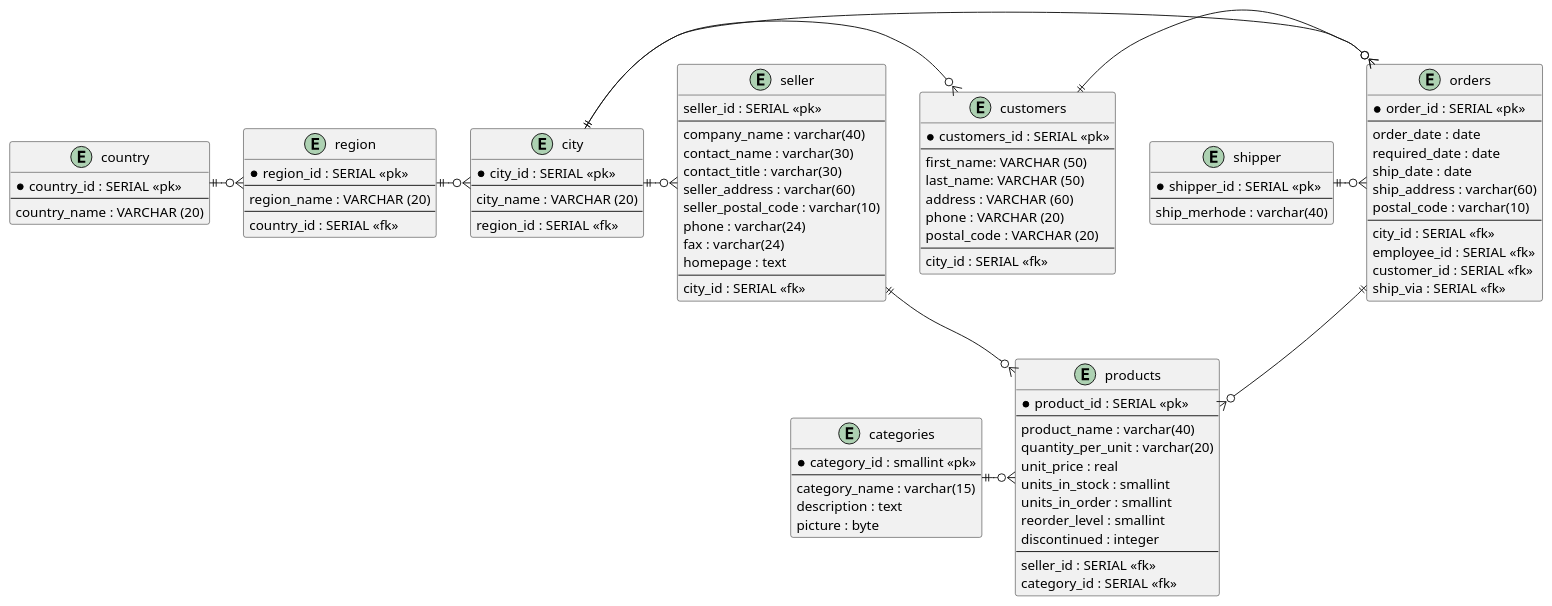
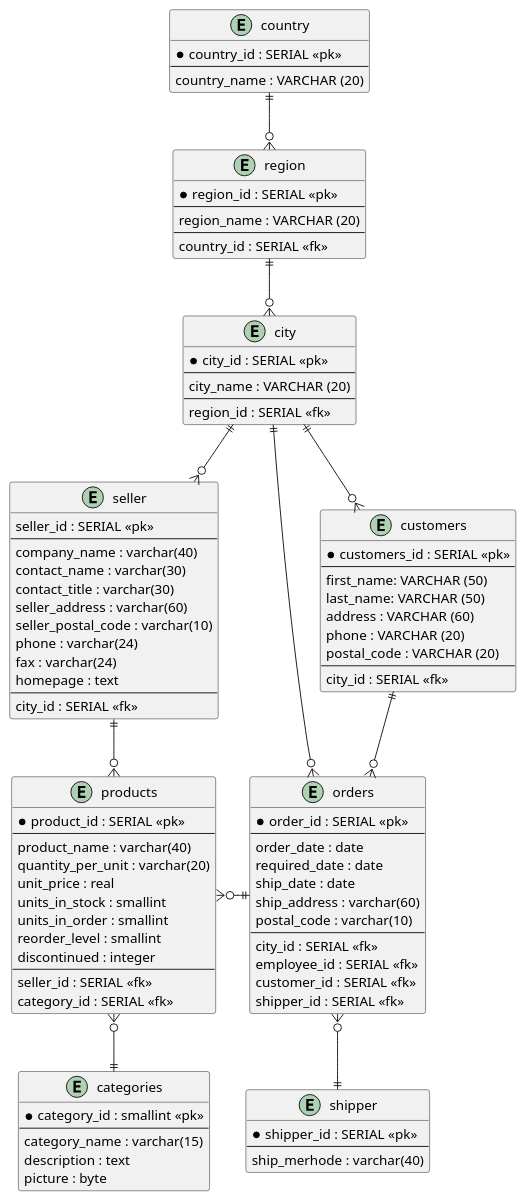
The diagram in Week_03/Day_11/indomaret.puml (lahmbert/BC-Golangs), drawn with PlantUML before and after one commit. The commit also changed 2 other files, not shown here.

```diff
--- a/Week_03/Day_11/indomaret.puml
+++ b/Week_03/Day_11/indomaret.puml
@@ -1,108 +1,108 @@
 @startuml toko_indomaret
 
 entity customers {
     *customers_id : SERIAL <<pk>>
     --
     first_name: VARCHAR (50)
     last_name: VARCHAR (50)
     address : VARCHAR (60)
     phone : VARCHAR (20)
     postal_code : VARCHAR (20)
     --
     city_id : SERIAL <<fk>>
 }
 
 entity city {
     *city_id : SERIAL <<pk>>
     --
     city_name : VARCHAR (20)
     --
     region_id : SERIAL <<fk>>
 }
 
 entity region {
     *region_id : SERIAL <<pk>>
     --
     region_name : VARCHAR (20)
     --
     country_id : SERIAL <<fk>>
 }
 
 entity country {
     *country_id : SERIAL <<pk>>
     --
     country_name : VARCHAR (20)
 }
 
 
 entity products{
     *product_id : SERIAL <<pk>>
     --
     product_name : varchar(40)
     quantity_per_unit : varchar(20)
     unit_price : real
     units_in_stock : smallint
     units_in_order : smallint
     reorder_level : smallint
     discontinued : integer
     --
     seller_id : SERIAL <<fk>>
     category_id : SERIAL <<fk>>
 }
 
 entity orders{
     *order_id : SERIAL <<pk>>
     --
     order_date : date
     required_date : date
     ship_date : date
     ship_address : varchar(60)
     postal_code : varchar(10)
     --
     city_id : SERIAL <<fk>>
     employee_id : SERIAL <<fk>>
     customer_id : SERIAL <<fk>>
-    ship_via : SERIAL <<fk>>
+    shipper_id : SERIAL <<fk>>
 }
 
 entity seller {
     seller_id : SERIAL <<pk>>
     --
     company_name : varchar(40)
     contact_name : varchar(30)
     contact_title : varchar(30)
     seller_address : varchar(60)
     seller_postal_code : varchar(10)
     phone : varchar(24)
     fax : varchar(24)
     homepage : text
     --
     city_id : SERIAL <<fk>>
 }
 
 entity categories{
   *category_id : smallint <<pk>>
   --
   category_name : varchar(15)
   description : text
   picture : byte
 }
 entity shipper {
     *shipper_id : SERIAL <<pk>>
     --
     ship_merhode : varchar(40)
 }
 
-categories ||-o{ products
+categories ||-up-o{ products
 seller ||--o{ products
 customers ||-o{ orders
-orders ||--o{ products
-country ||-o{region
-shipper ||-o{orders
-region ||-o{city
-city ||-o{customers
-city ||-o{seller
-city ||-o{orders
+orders ||-left-o{ products
+country ||--o{region
+shipper ||-up-o{orders
+region ||--o{city
+city ||--o{customers
+city ||--o{seller
+city ||--o{orders
 
 
 @enduml
```
